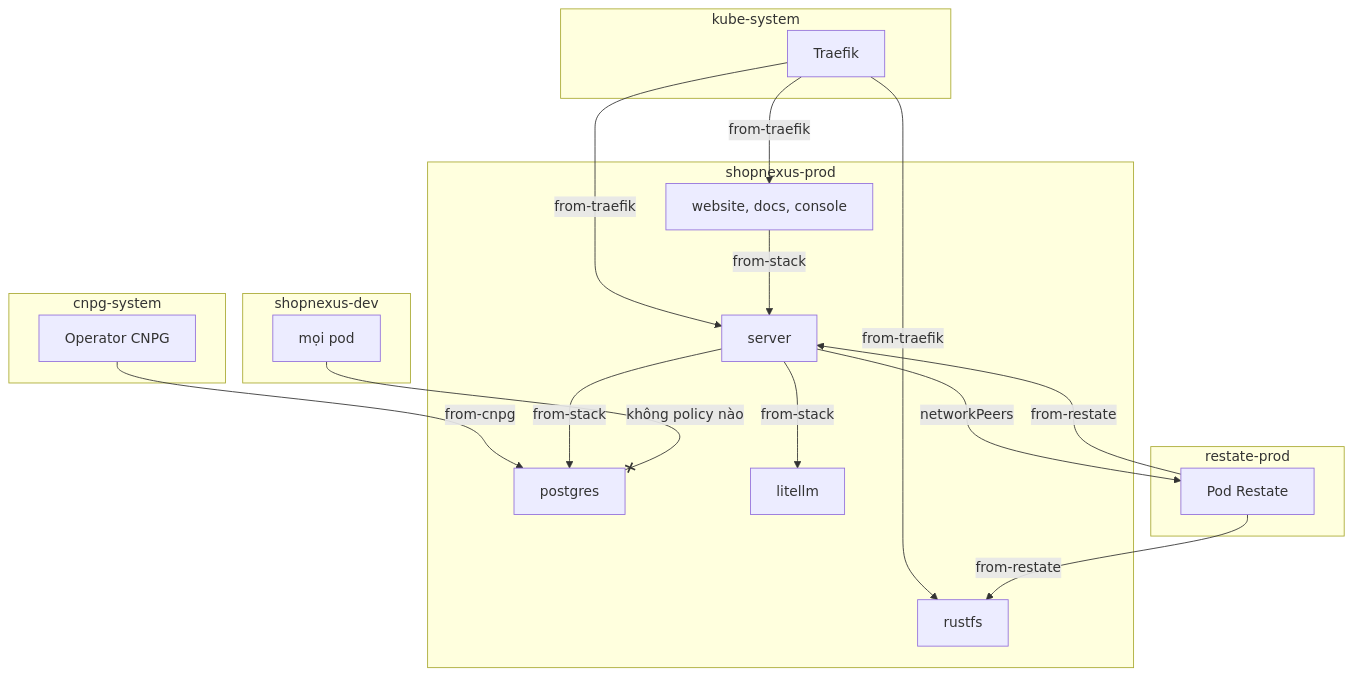
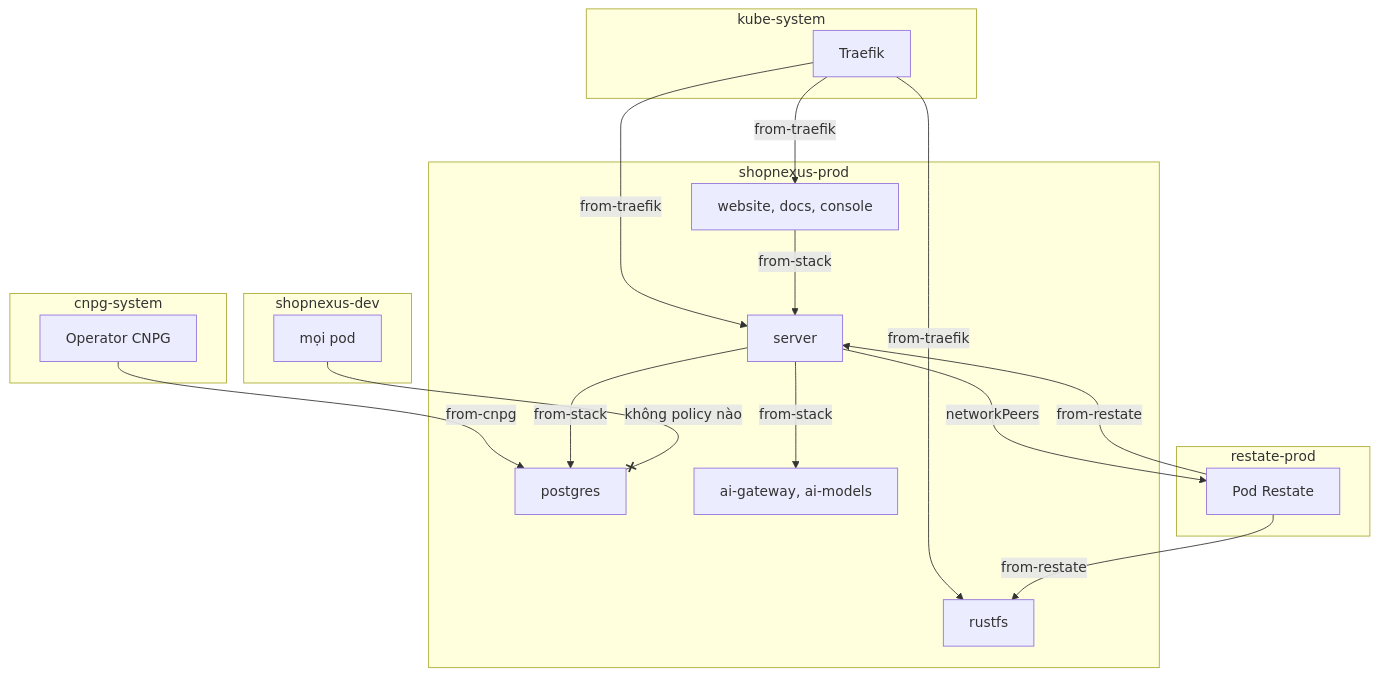
Before and after one commit to shopnexus/docs: the third of 3 diagrams in web/src/content/docs/vi/operations/cluster/networking.mdx, drawn with Mermaid. The commit also changed other lines of this file and 17 other files, not shown here.

````diff
--- a/web/src/content/docs/vi/operations/cluster/networking.mdx
+++ b/web/src/content/docs/vi/operations/cluster/networking.mdx
@@ -139,33 +141,33 @@
 ```mermaid title="Các luồng được phép vào shopnexus-prod"
 flowchart TB
   subgraph ks["kube-system"]
     TR["Traefik"]
   end
   subgraph cnpg["cnpg-system"]
     OP["Operator CNPG"]
   end
   subgraph rp["restate-prod"]
     RS["Pod Restate"]
   end
   subgraph sp["shopnexus-prod"]
     WEB["website, docs, console"]
     SRV["server"]
     RFS["rustfs"]
     PG["postgres"]
-    LLM["litellm"]
+    LLM["ai-gateway, ai-models"]
   end
   subgraph sd["shopnexus-dev"]
     DEV["mọi pod"]
   end
   TR -->|"from-traefik"| WEB
   TR -->|"from-traefik"| SRV
   TR -->|"from-traefik"| RFS
   OP -->|"from-cnpg"| PG
   RS -->|"from-restate"| SRV
   RS -->|"from-restate"| RFS
   SRV -->|"from-stack"| PG
   SRV -->|"from-stack"| LLM
   WEB -->|"from-stack"| SRV
   SRV -->|"networkPeers"| RS
   DEV --x|"không policy nào"| PG
 ```
````
